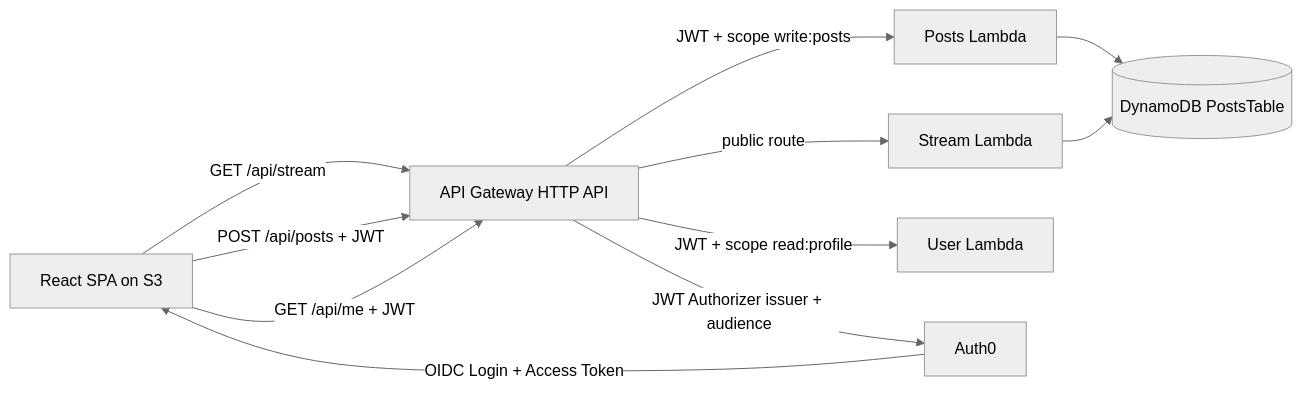
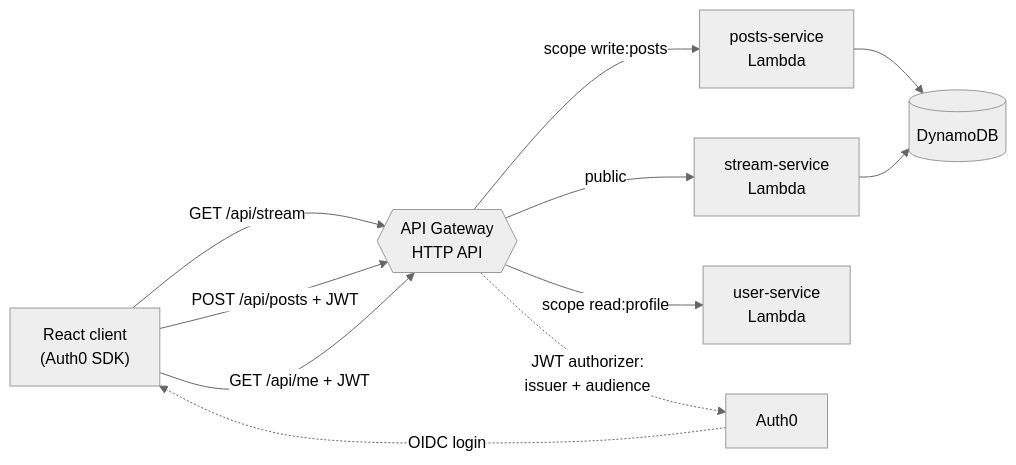
The diagram in README.md (juanmavill/Twitterlike-microservices-app), drawn with Mermaid (neutral theme) before and after one commit. The commit also changed other lines of this file, not shown here.

````diff
--- a/README.md
+++ b/README.md
@@ -127,16 +25,16 @@
 ```mermaid
 flowchart LR
-   A[React SPA on S3] -->|GET /api/stream| G[API Gateway HTTP API]
-   A -->|POST /api/posts + JWT| G
-   A -->|GET /api/me + JWT| G
+    C["React client<br/>(Auth0 SDK)"] -->|"GET /api/stream"| GW{{"API Gateway<br/>HTTP API"}}
+    C -->|"POST /api/posts + JWT"| GW
+    C -->|"GET /api/me + JWT"| GW
 
-   G -->|public route| S[Stream Lambda]
-   G -->|JWT + scope write:posts| P[Posts Lambda]
-   G -->|JWT + scope read:profile| U[User Lambda]
+    GW -->|public| S["stream-service<br/>Lambda"]
+    GW -->|"scope write:posts"| P["posts-service<br/>Lambda"]
+    GW -->|"scope read:profile"| U["user-service<br/>Lambda"]
 
-   P --> D[(DynamoDB PostsTable)]
-   S --> D
+    P --> D[("DynamoDB")]
+    S --> D
 
-   H[Auth0] -->|OIDC Login + Access Token| A
-   G -->|JWT Authorizer issuer + audience| H
+    A[Auth0] -.->|"OIDC login"| C
+    GW -.->|"JWT authorizer:<br/>issuer + audience"| A
 ```
````
